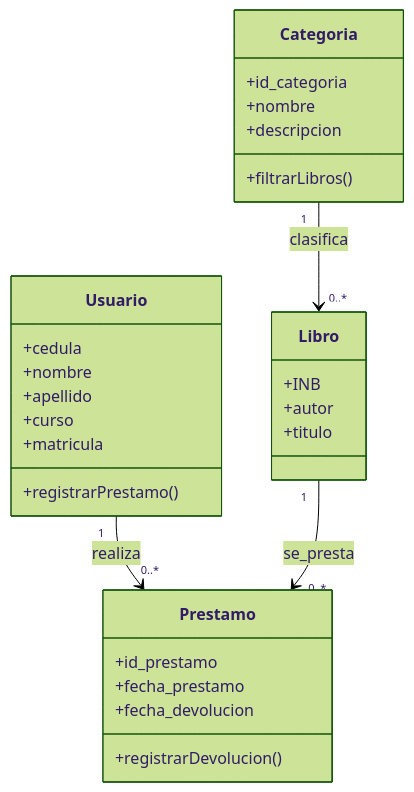
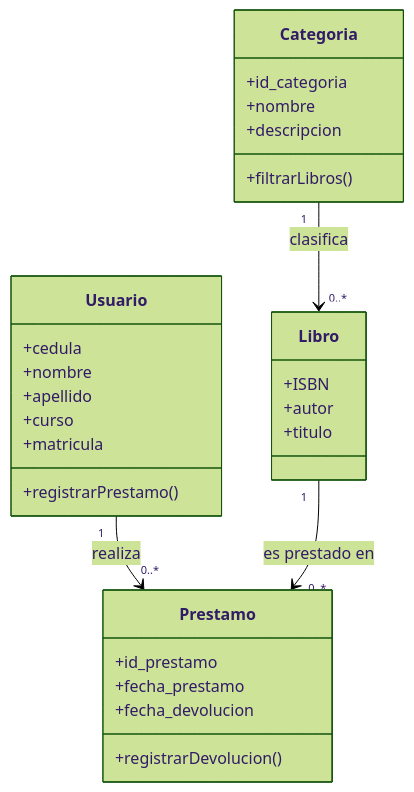
One commit to Agustinabusco/Curso_Programacion2 changed the diagram in diagrama_biblioteca.mmd. Above: the diagram before and after it, drawn with Mermaid (forest theme). The commit also changed other lines of this file, not shown here.

```diff
--- a/diagrama_biblioteca.mmd
+++ b/diagrama_biblioteca.mmd
@@ -1,35 +1,35 @@
 classDiagram
 
 class Libro {
-  +INB
+  +ISBN
   +autor
   +titulo
 }
 
 class Usuario {
   +cedula
   +nombre
   +apellido
   +curso
   +matricula
   +registrarPrestamo()
 }
 
 class Categoria {
   +id_categoria
   +nombre
   +descripcion
   +filtrarLibros()
 }
 
 class Prestamo {
   +id_prestamo
   +fecha_prestamo
   +fecha_devolucion
   +registrarDevolucion()
 }
 
-
+%% Relaciones
 Usuario "1" --> "0..*" Prestamo : realiza
-Libro "1" --> "0..*" Prestamo : se_presta
+Libro "1" --> "0..*" Prestamo : es prestado en
 Categoria "1" --> "0..*" Libro : clasifica
```
